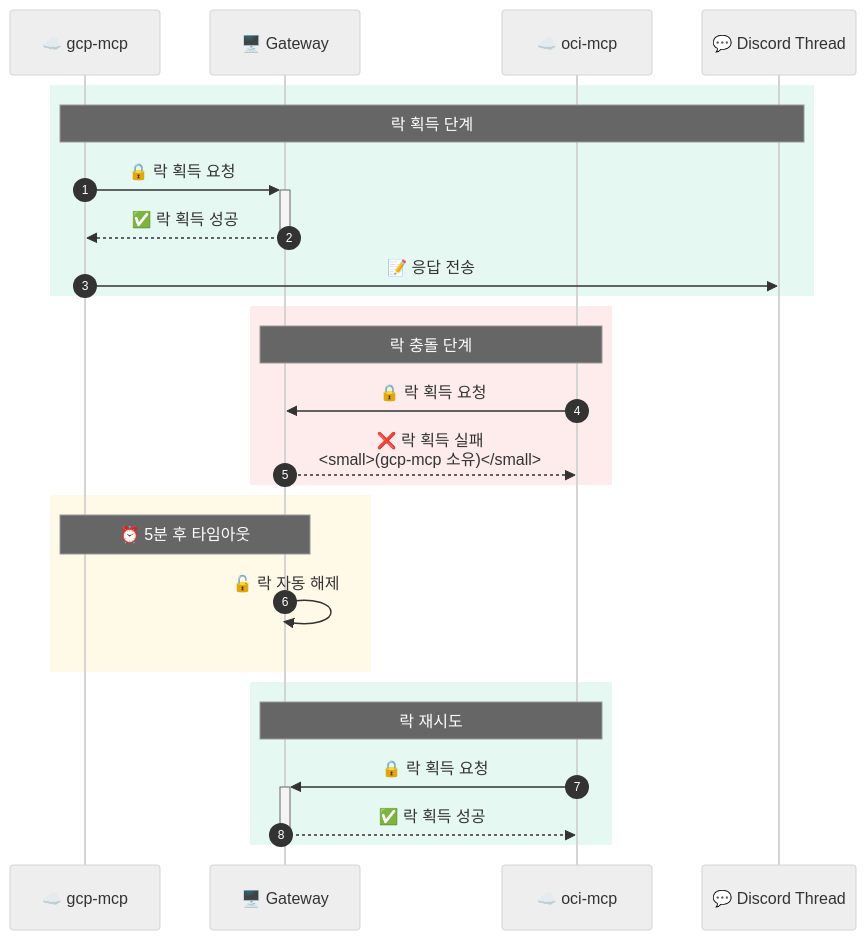
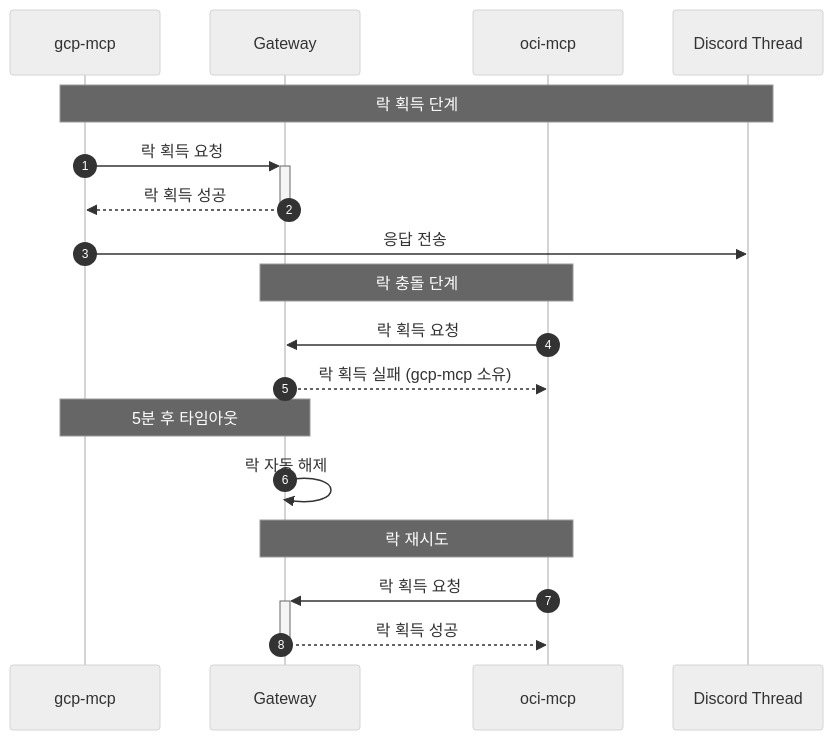
One commit to yarang/blogs changed the fifth of 8 diagrams in content/ko/post/2026-03-01-013-discord-gateway-mcp-아키텍처-설계.md. Above: the diagram before and after it, drawn with Mermaid (neutral theme). The commit also changed other lines of this file and 1 other file, not shown here.

First line of the commit message:
Fix Mermaid parsing errors for web rendering

````diff
--- a/content/ko/post/2026-03-01-013-discord-gateway-mcp-아키텍처-설계.md
+++ b/content/ko/post/2026-03-01-013-discord-gateway-mcp-아키텍처-설계.md
@@ -266,32 +258,24 @@
 ```mermaid
 sequenceDiagram
     autonumber
-    participant MCP1 as ☁️ gcp-mcp
-    participant Gateway as 🖥️ Gateway
-    participant MCP2 as ☁️ oci-mcp
-    participant Discord as 💬 Discord Thread
+    participant MCP1 as gcp-mcp
+    participant Gateway as Gateway
+    participant MCP2 as oci-mcp
+    participant Discord as Discord Thread
 
-    rect rgb(16, 185, 129, 0.1)
-        Note over MCP1,Discord: 락 획득 단계
-        MCP1->>+Gateway: 🔒 락 획득 요청
-        Gateway-->>-MCP1: ✅ 락 획득 성공
-        MCP1->>Discord: 📝 응답 전송
-    end
+    Note over MCP1,Discord: 락 획득 단계
+    MCP1->>+Gateway: 락 획득 요청
+    Gateway-->>-MCP1: 락 획득 성공
+    MCP1->>Discord: 응답 전송
 
-    rect rgb(239, 68, 68, 0.1)
-        Note over MCP2,Gateway: 락 충돌 단계
-        MCP2->>Gateway: 🔒 락 획득 요청
-        Gateway-->>MCP2: ❌ 락 획득 실패<br/><small>(gcp-mcp 소유)</small>
-    end
+    Note over MCP2,Gateway: 락 충돌 단계
+    MCP2->>Gateway: 락 획득 요청
+    Gateway-->>MCP2: 락 획득 실패 (gcp-mcp 소유)
 
-    rect rgb(251, 191, 36, 0.1)
-        Note over MCP1,Gateway: ⏰ 5분 후 타임아웃
-        Gateway->>Gateway: 🔓 락 자동 해제
-    end
+    Note over MCP1,Gateway: 5분 후 타임아웃
+    Gateway->>Gateway: 락 자동 해제
 
-    rect rgb(16, 185, 129, 0.1)
-        Note over MCP2,Gateway: 락 재시도
-        MCP2->>+Gateway: 🔒 락 획득 요청
-        Gateway-->>-MCP2: ✅ 락 획득 성공
-    end
+    Note over MCP2,Gateway: 락 재시도
+    MCP2->>+Gateway: 락 획득 요청
+    Gateway-->>-MCP2: 락 획득 성공
 ```
````
